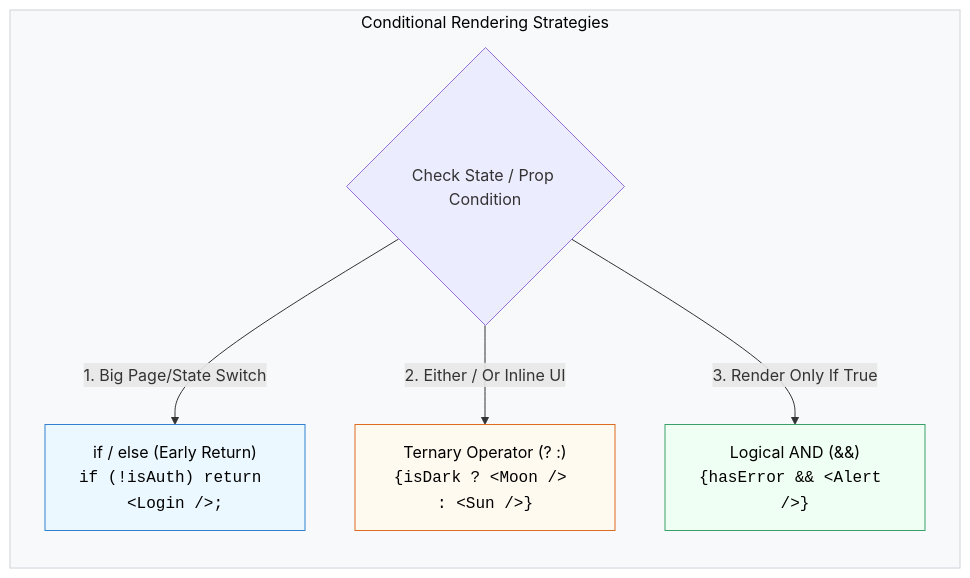
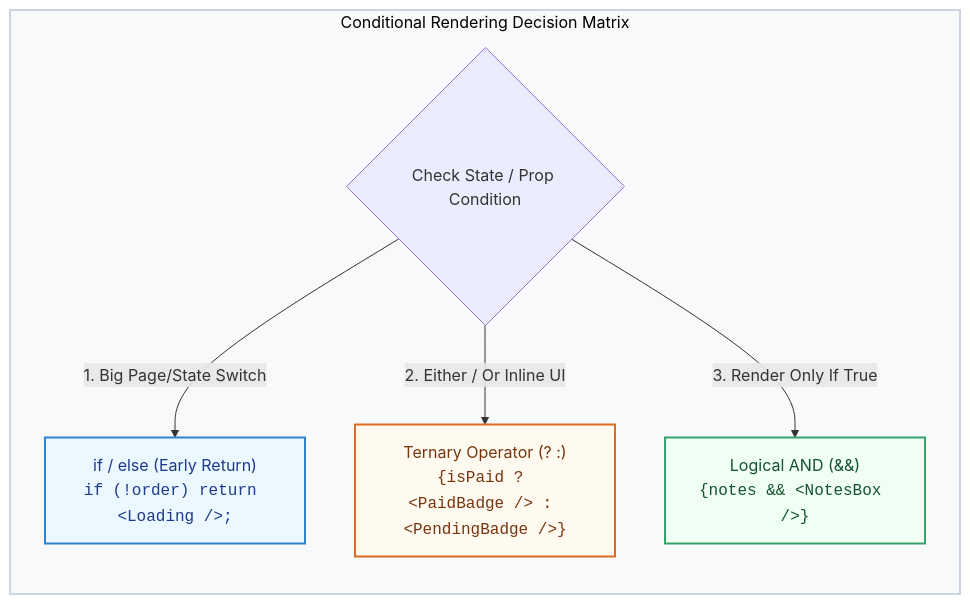
One commit to Ari-ICU/full-stack-short-coures changed the diagram in src/courses/react/module-2-props-lists-conditional/04-conditional-rendering.mdx. Above: the diagram before and after it, drawn with Mermaid. The commit also changed other lines of this file and 5 other files, not shown here.

````diff
--- a/src/courses/react/module-2-props-lists-conditional/04-conditional-rendering.mdx
+++ b/src/courses/react/module-2-props-lists-conditional/04-conditional-rendering.mdx
@@ -27,16 +42,16 @@
 ```mermaid
 flowchart TD
-    subgraph Decision["Conditional Rendering Strategies"]
+    subgraph Decision["Conditional Rendering Decision Matrix"]
         direction TB
         Cond{"Check State / Prop Condition"}
         
-        Cond -->|1. Big Page/State Switch| BranchA["if / else (Early Return)<br><code>if (!isAuth) return &lt;Login /&gt;;</code>"]
-        Cond -->|2. Either / Or Inline UI| BranchB["Ternary Operator (? :)<br><code>{isDark ? &lt;Moon /&gt; : &lt;Sun /&gt;}</code>"]
-        Cond -->|3. Render Only If True| BranchC["Logical AND (&amp;&amp;)<br><code>{hasError &amp;&amp; &lt;Alert /&gt;}</code>"]
+        Cond -->|"1. Big Page/State Switch"| BranchA["if / else (Early Return)<br/><code>if (!order) return &lt;Loading /&gt;;</code>"]
+        Cond -->|"2. Either / Or Inline UI"| BranchB["Ternary Operator (? :)<br/><code>{isPaid ? &lt;PaidBadge /&gt; : &lt;PendingBadge /&gt;}</code>"]
+        Cond -->|"3. Render Only If True"| BranchC["Logical AND (&amp;&amp;)<br/><code>{notes &amp;&amp; &lt;NotesBox /&gt;}</code>"]
     end
 
-    style Decision fill:#f8f9fa,stroke:#ced4da,color:#000
-    style BranchA fill:#ebf8ff,stroke:#3182ce,color:#000
-    style BranchB fill:#fffaf0,stroke:#dd6b20,color:#000
-    style BranchC fill:#f0fff4,stroke:#38a169,color:#000
+    style Decision fill:#f8f9fa,stroke:#cbd5e1,stroke-width:2px,color:#000
+    style BranchA fill:#ebf8ff,stroke:#3182ce,stroke-width:2px,color:#1e3a8a
+    style BranchB fill:#fffaf0,stroke:#dd6b20,stroke-width:2px,color:#78350f
+    style BranchC fill:#f0fff4,stroke:#38a169,stroke-width:2px,color:#14532d
 ```
````
